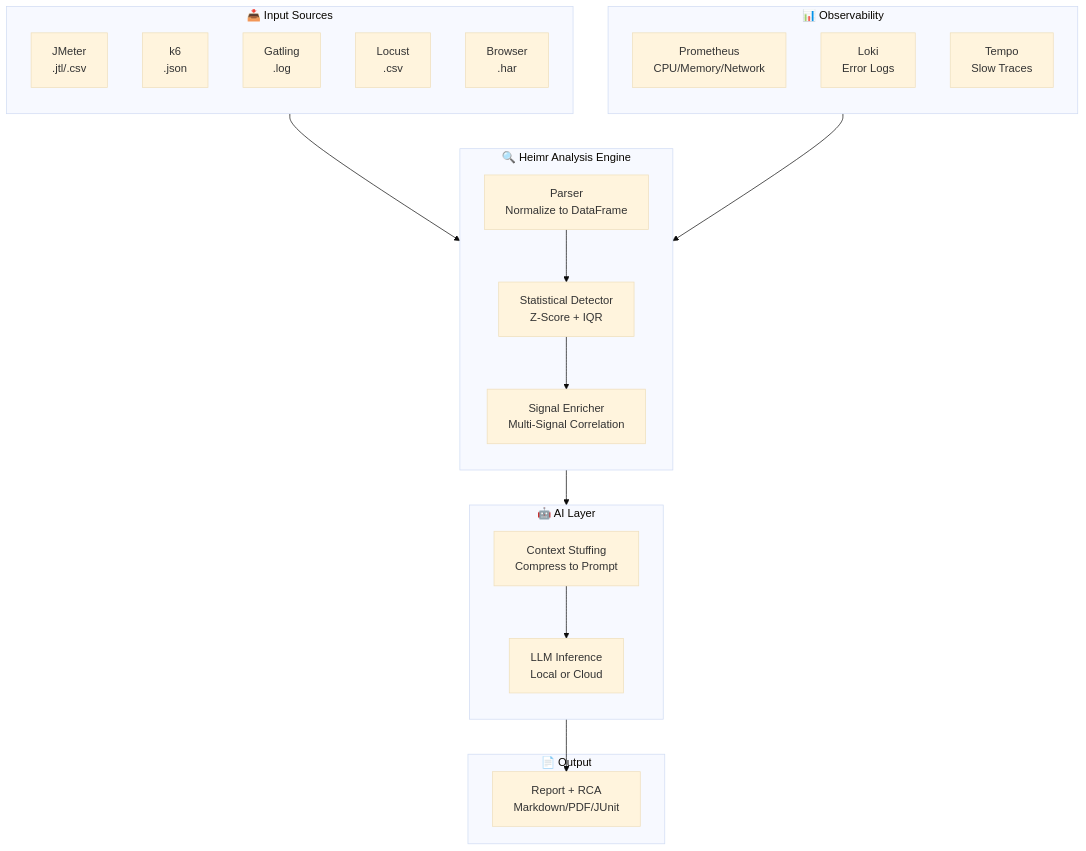
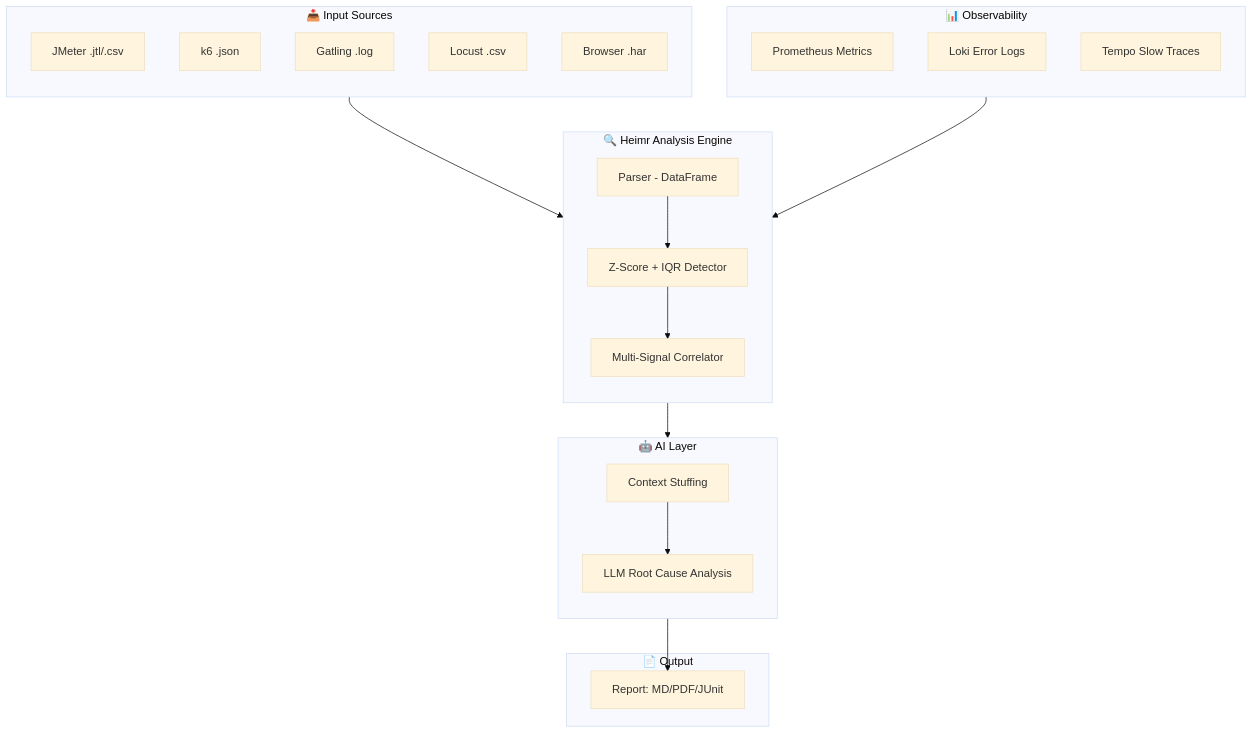
One commit to jdestevezcastillo-perfeng/Heimr.ai changed the first of 2 diagrams in docs/wiki/02-architecture.md. Above: the diagram before and after it, drawn with Mermaid (base theme).

Commit message:
Fix Mermaid diagram - use single-line labels
GitHub Mermaid doesn't support \n line breaks in node labels.
Use single-line labels with separators instead.

````diff
--- a/docs/wiki/02-architecture.md
+++ b/docs/wiki/02-architecture.md
@@ -13,43 +13,43 @@
 ```mermaid
 flowchart TD
     subgraph Input["📥 Input Sources"]
         direction TB
-        JMeter["JMeter\n.jtl/.csv"]
-        k6["k6\n.json"]
-        Gatling["Gatling\n.log"]
-        Locust["Locust\n.csv"]
-        HAR["Browser\n.har"]
+        JMeter[JMeter .jtl/.csv]
+        k6[k6 .json]
+        Gatling[Gatling .log]
+        Locust[Locust .csv]
+        HAR[Browser .har]
     end
 
     subgraph Observability["📊 Observability"]
         direction TB
-        Prom["Prometheus\nCPU/Memory/Network"]
-        Loki["Loki\nError Logs"]
-        Tempo["Tempo\nSlow Traces"]
+        Prom[Prometheus Metrics]
+        Loki[Loki Error Logs]
+        Tempo[Tempo Slow Traces]
     end
 
     subgraph Heimr["🔍 Heimr Analysis Engine"]
         direction TB
-        Parser["Parser\nNormalize to DataFrame"]
-        Detector["Statistical Detector\nZ-Score + IQR"]
-        Enricher["Signal Enricher\nMulti-Signal Correlation"]
+        Parser[Parser - DataFrame]
+        Detector[Z-Score + IQR Detector]
+        Enricher[Multi-Signal Correlator]
     end
 
     subgraph AI["🤖 AI Layer"]
         direction TB
-        Context["Context Stuffing\nCompress to Prompt"]
-        LLM["LLM Inference\nLocal or Cloud"]
+        Context[Context Stuffing]
+        LLM[LLM Root Cause Analysis]
     end
 
     subgraph Output["📄 Output"]
-        Report["Report + RCA\nMarkdown/PDF/JUnit"]
+        Report[Report: MD/PDF/JUnit]
     end
 
     Input --> Parser
     Parser --> Detector
     Detector --> Enricher
     Observability --> Enricher
     Enricher --> Context
     Context --> LLM
     LLM --> Report
 ```
````
